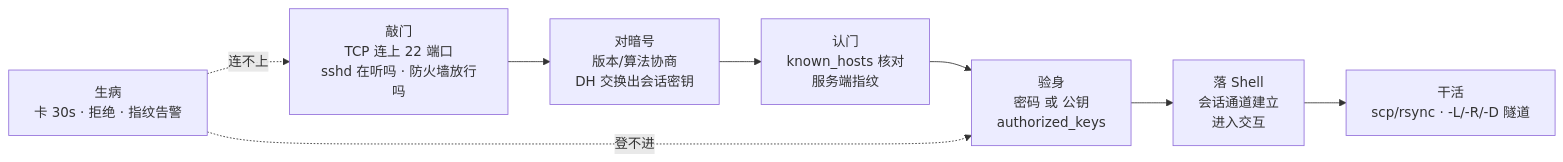
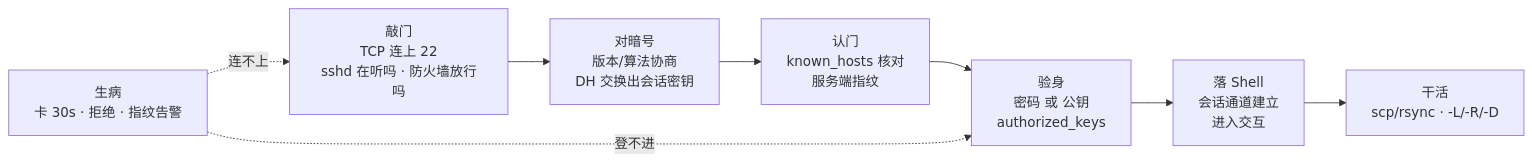
Before and after one commit to ml-cuizijun/LearnToLilith: the first of 5 diagrams in 01-基础底座/26-SSH与远程访问/知识点.md, drawn with Mermaid. The commit also changed other lines of this file and 178 other files, not shown here.

````diff
--- a/01-基础底座/26-SSH与远程访问/知识点.md
+++ b/01-基础底座/26-SSH与远程访问/知识点.md
@@ -21,12 +14,12 @@
 ```mermaid
 flowchart LR
-    A["敲门<br/>TCP 连上 22 端口<br/>sshd 在听吗 · 防火墙放行吗"]
+    A["敲门<br/>TCP 连上 22<br/>sshd 在听吗 · 防火墙放行吗"]
     B["对暗号<br/>版本/算法协商<br/>DH 交换出会话密钥"]
     C["认门<br/>known_hosts 核对<br/>服务端指纹"]
     D["验身<br/>密码 或 公钥<br/>authorized_keys"]
     E["落 Shell<br/>会话通道建立<br/>进入交互"]
-    F["干活<br/>scp/rsync · -L/-R/-D 隧道"]
+    F["干活<br/>scp/rsync · -L/-R/-D"]
     A --> B --> C --> D --> E --> F
     G["生病<br/>卡 30s · 拒绝 · 指纹告警"] -.->|连不上| A
     G -.->|登不进| D
 ```
````
